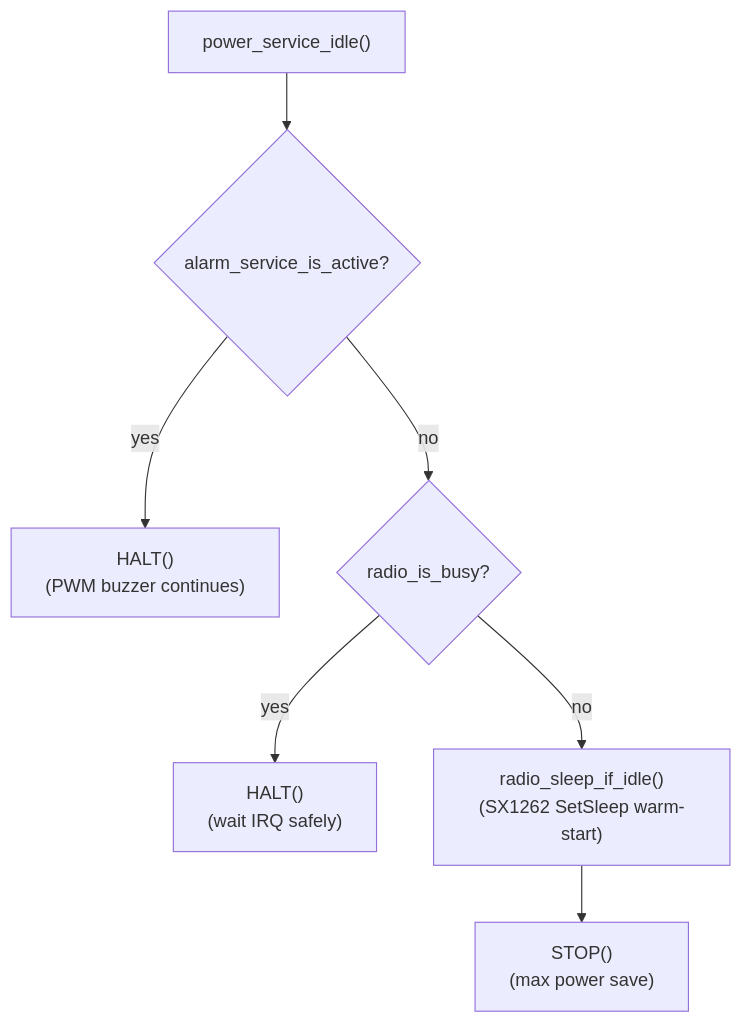
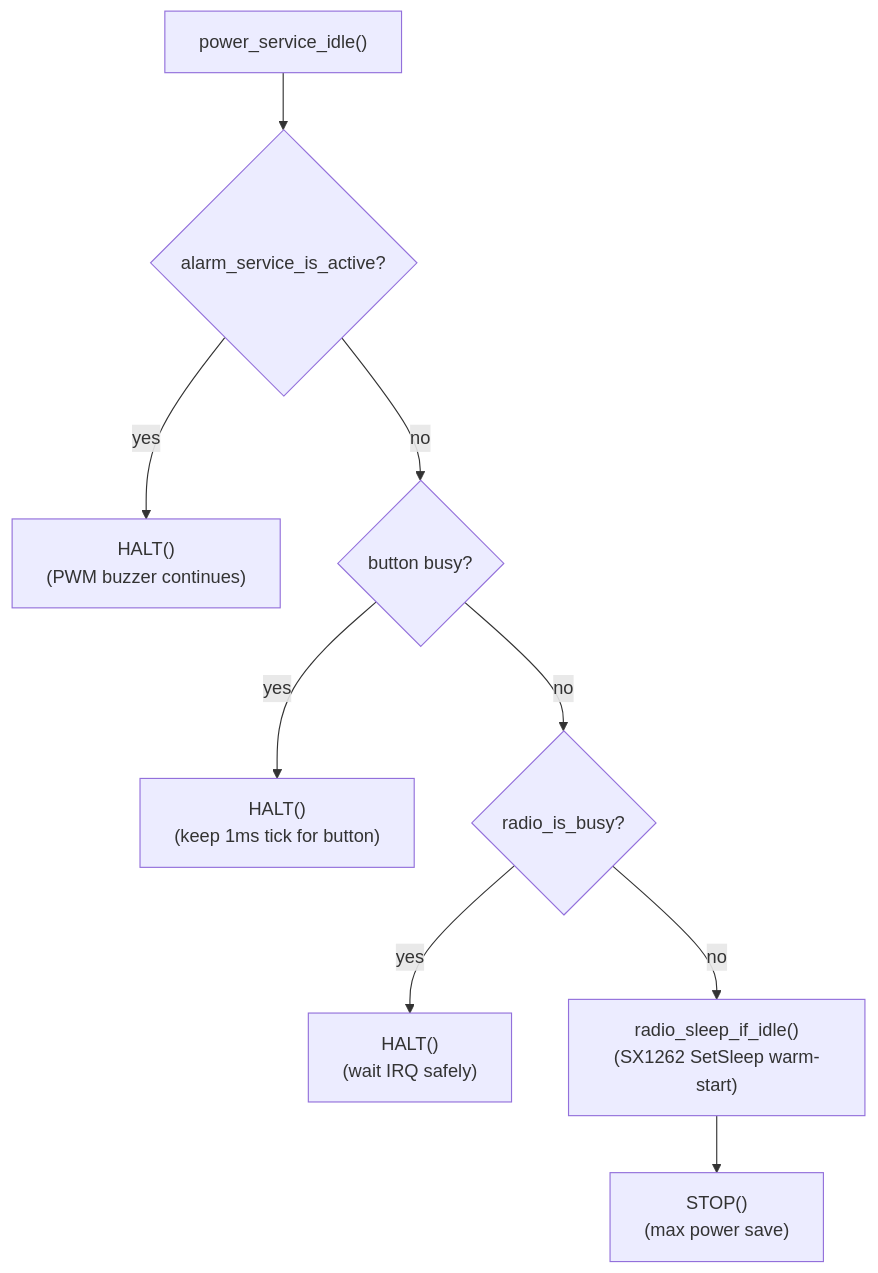
One commit to vuvantruong120896/emic_lora_protocol changed diagram 11 of 11 in EMIC_LORA_PROTOCOL/docs/main_runtime_flow.md. Above: the diagram before and after it, drawn with Mermaid. The commit also changed other lines of this file and 65 other files, not shown here.

````diff
--- a/EMIC_LORA_PROTOCOL/docs/main_runtime_flow.md
+++ b/EMIC_LORA_PROTOCOL/docs/main_runtime_flow.md
@@ -146,9 +387,11 @@
 ```mermaid
 flowchart TD
   IDLE["power_service_idle()"] --> Q1{alarm_service_is_active?}
   Q1 -- yes --> HALT["HALT()<br/>(PWM buzzer continues)"]
-  Q1 -- no --> Q2{radio_is_busy?}
+  Q1 -- no --> QB{button busy?}
+  QB -- yes --> HALTB["HALT()<br/>(keep 1ms tick for button)"]
+  QB -- no --> Q2{radio_is_busy?}
   Q2 -- yes --> HALT2["HALT()<br/>(wait IRQ safely)"]
   Q2 -- no --> RS["radio_sleep_if_idle()<br/>(SX1262 SetSleep warm-start)"]
   RS --> STOP["STOP()<br/>(max power save)"]
 ```
````
